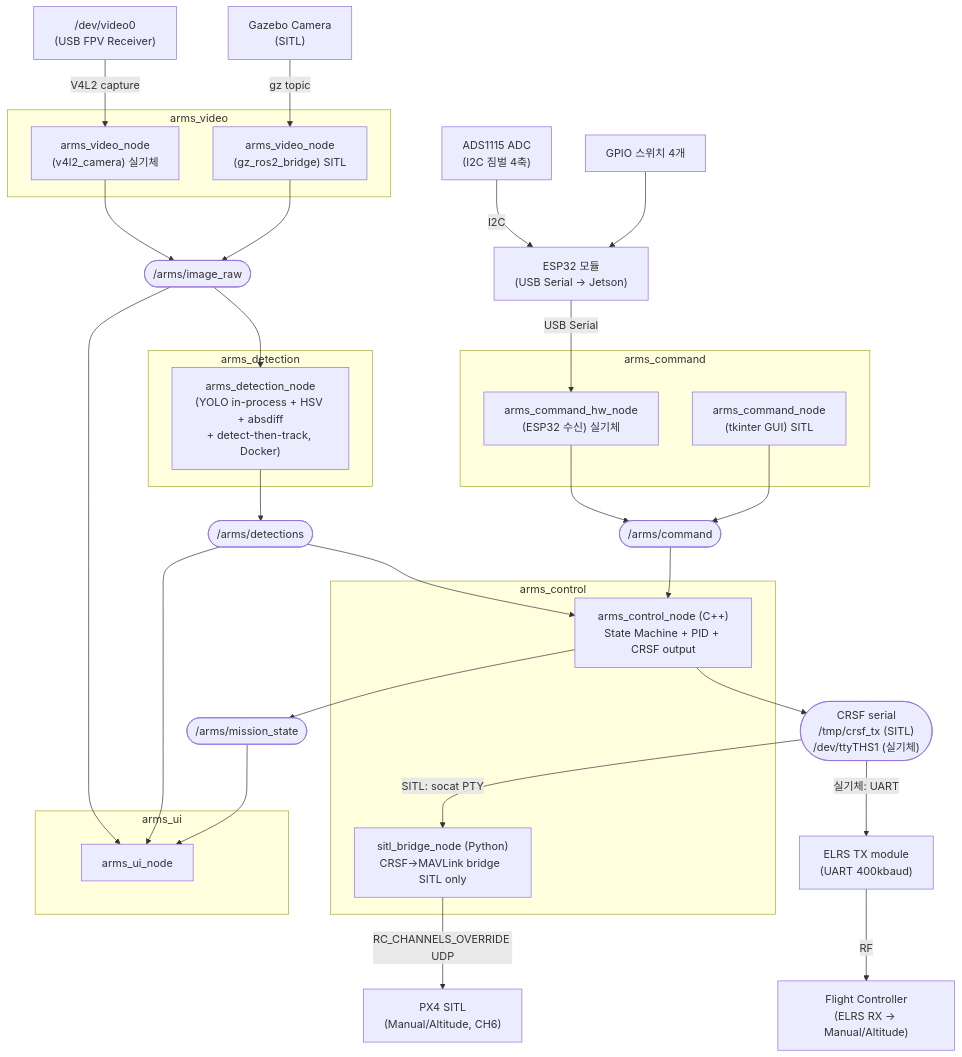
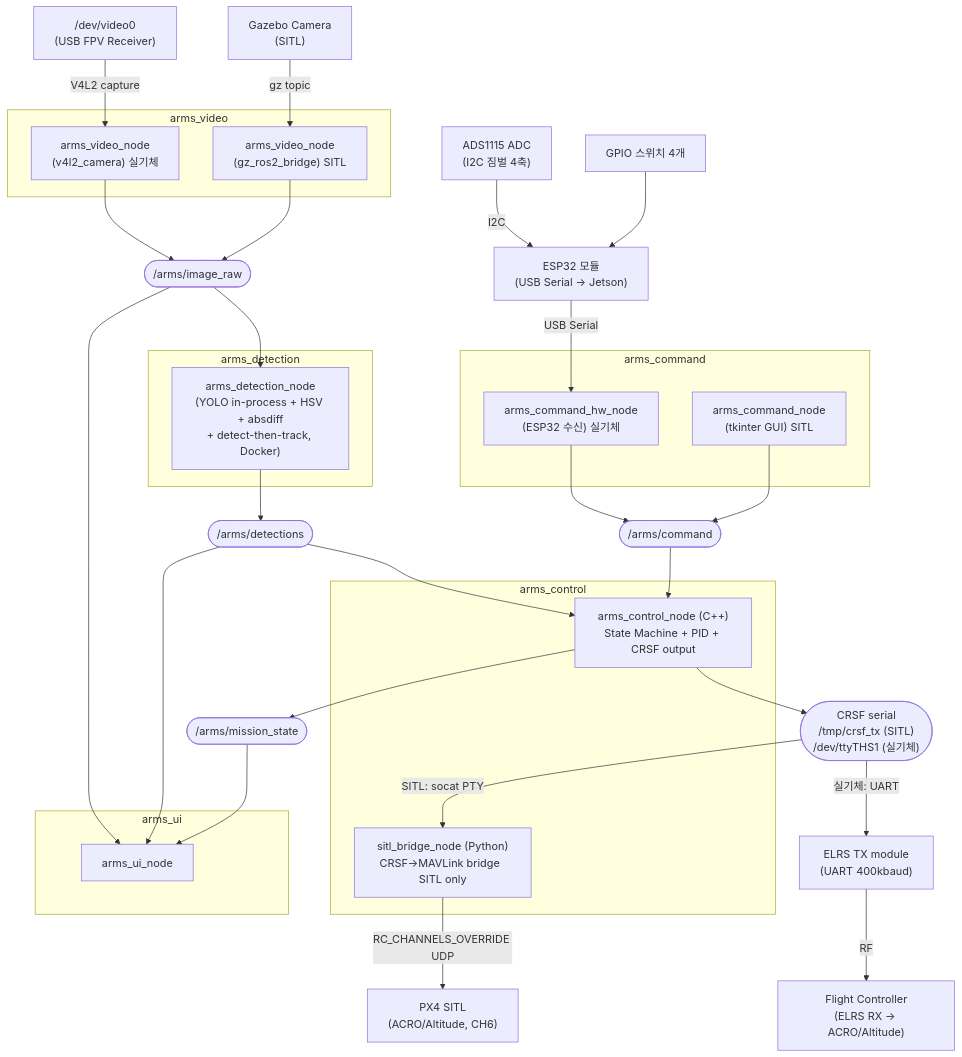
Before and after one commit to tokhun2002/A.R.M.S.-Anti-drone-Reusable-Modular-System-: the first of 3 diagrams in SW/docs/DESIGN.md, drawn with Mermaid. The commit also changed other lines of this file and 3 other files, not shown here.

````diff
--- a/SW/docs/DESIGN.md
+++ b/SW/docs/DESIGN.md
@@ -64,66 +64,66 @@
 ```mermaid
 graph TD
     GAZEBO["Gazebo Camera<br/>(SITL)"]
     V4L2["/dev/video0<br/>(USB FPV Receiver)"]
 
     subgraph arms_video ["arms_video"]
         VN_REAL["arms_video_node<br/>(v4l2_camera) 실기체"]
         VN_SITL["arms_video_node<br/>(gz_ros2_bridge) SITL"]
     end
 
     IMAGE(["/arms/image_raw"])
 
     subgraph arms_detection ["arms_detection"]
         DN_FUSION["arms_detection_node<br/>(YOLO in-process + HSV + absdiff<br/>+ detect-then-track, Docker)"]
     end
 
     subgraph arms_command ["arms_command"]
         CMD_GUI["arms_command_node<br/>(tkinter GUI) SITL"]
         CMD_JOY["arms_command_hw_node<br/>(ESP32 수신) 실기체"]
     end
 
     ADS1115["ADS1115 ADC<br/>(I2C 짐벌 4축)"]
     SWGPIO["GPIO 스위치 4개"]
     ESP32["ESP32 모듈<br/>(USB Serial → Jetson)"]
     JOY(["/arms/command"])
 
     DETECTIONS(["/arms/detections"])
     MISSION_STATE(["/arms/mission_state"])
     CRSF_SERIAL(["CRSF serial<br/>/tmp/crsf_tx (SITL)<br/>/dev/ttyTHS1 (실기체)"])
 
     subgraph arms_control ["arms_control"]
         CN["arms_control_node (C++)<br/>State Machine + PID + CRSF output"]
         BRIDGE["sitl_bridge_node (Python)<br/>CRSF→MAVLink bridge  SITL only"]
     end
 
     subgraph arms_ui ["arms_ui"]
         UN["arms_ui_node"]
     end
 
-    FC_SITL["PX4 SITL<br/>(Manual/Altitude, CH6)"]
-    FC_HW["Flight Controller<br/>(ELRS RX → Manual/Altitude)"]
+    FC_SITL["PX4 SITL<br/>(ACRO/Altitude, CH6)"]
+    FC_HW["Flight Controller<br/>(ELRS RX → ACRO/Altitude)"]
     ELRS_TX["ELRS TX module<br/>(UART 400kbaud)"]
 
     V4L2 -->|V4L2 capture| VN_REAL
     GAZEBO -->|gz topic| VN_SITL
     ADS1115 -->|I2C| ESP32
     SWGPIO --> ESP32
     ESP32 -->|USB Serial| CMD_JOY
     CMD_JOY --> JOY
     CMD_GUI --> JOY
     VN_REAL --> IMAGE
     VN_SITL --> IMAGE
     IMAGE --> DN_FUSION
     IMAGE --> UN
     DN_FUSION --> DETECTIONS
     DETECTIONS --> CN
     DETECTIONS --> UN
     JOY --> CN
     CN --> MISSION_STATE
     CN --> CRSF_SERIAL
     MISSION_STATE --> UN
     CRSF_SERIAL -->|SITL: socat PTY| BRIDGE
     BRIDGE -->|RC_CHANNELS_OVERRIDE UDP| FC_SITL
     CRSF_SERIAL -->|실기체: UART| ELRS_TX
     ELRS_TX -->|RF| FC_HW
 ```
````
